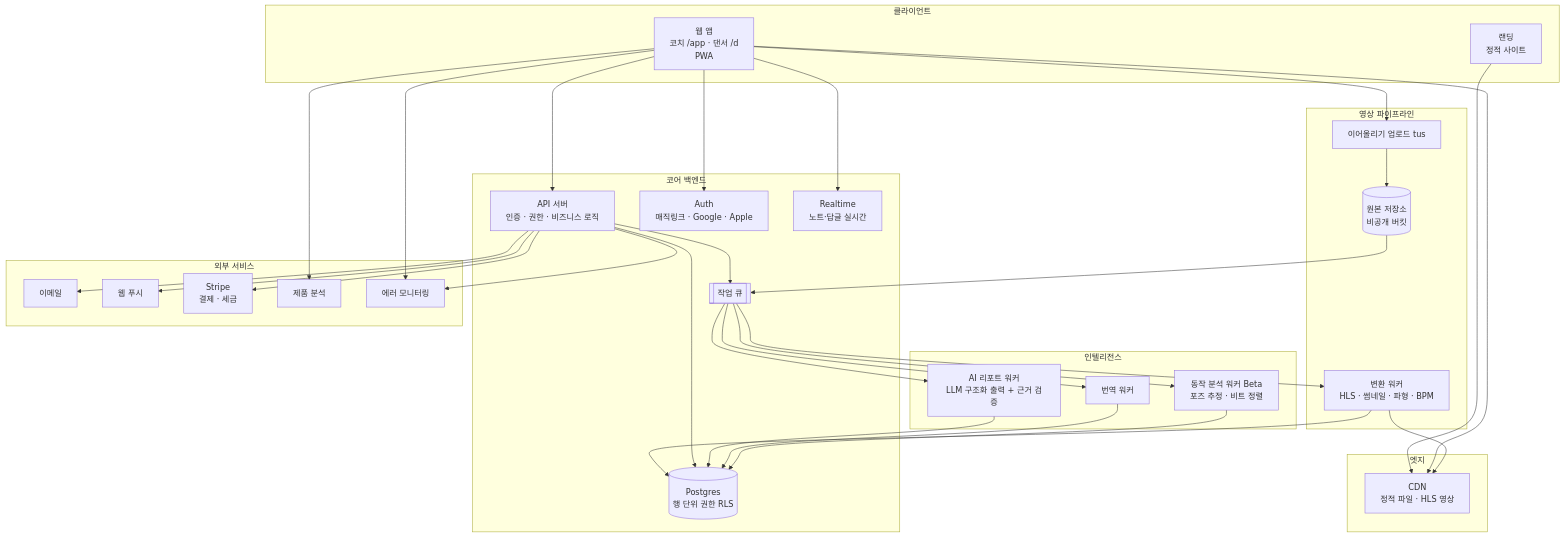
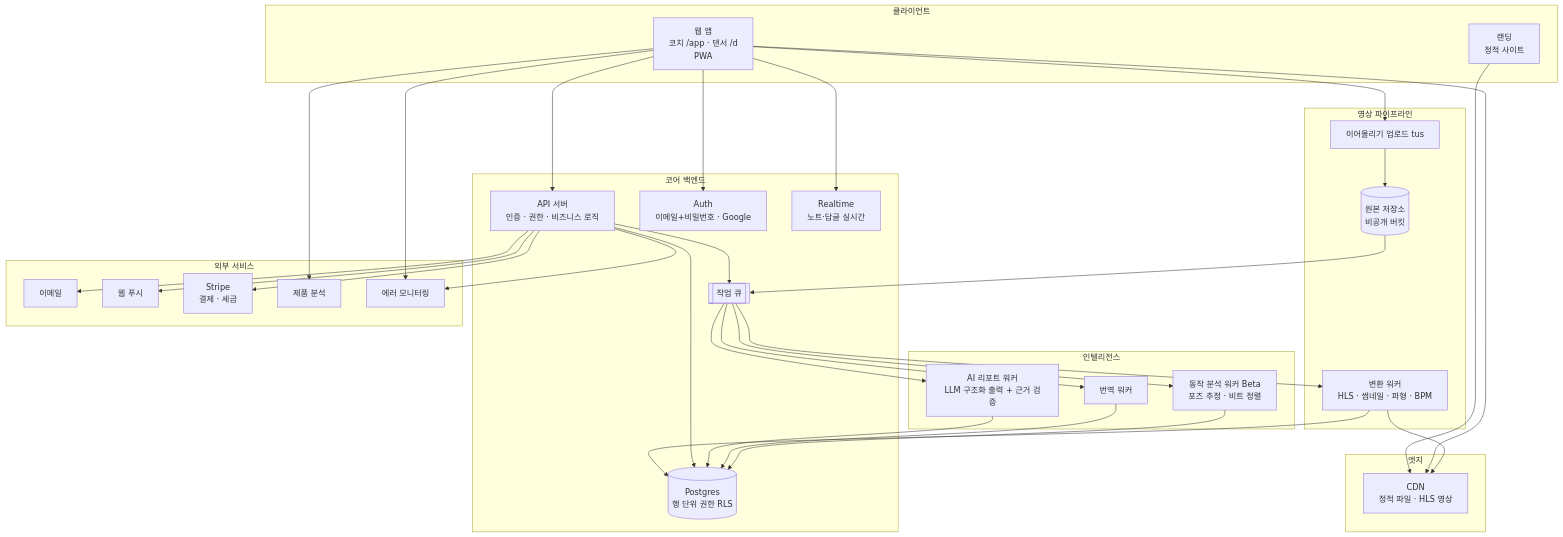
One commit to hope13710/dancerly changed the fourth of 8 diagrams in docs/02-service-structure.md. Above: the diagram before and after it, drawn with Mermaid. The commit also changed 7 other files, not shown here.

````diff
--- a/docs/02-service-structure.md
+++ b/docs/02-service-structure.md
@@ -140,65 +140,65 @@
 ```mermaid
 flowchart TB
   subgraph Client[클라이언트]
     LP[랜딩<br/>정적 사이트]
     WA[웹 앱<br/>코치 /app · 댄서 /d<br/>PWA]
   end
 
   subgraph Edge[엣지]
     CDN[CDN<br/>정적 파일 · HLS 영상]
   end
 
   subgraph Core[코어 백엔드]
     API[API 서버<br/>인증 · 권한 · 비즈니스 로직]
-    AUTH[Auth<br/>매직링크 · Google · Apple]
+    AUTH[Auth<br/>이메일+비밀번호 · Google]
     DB[(Postgres<br/>행 단위 권한 RLS)]
     Q[[작업 큐]]
     RT[Realtime<br/>노트·답글 실시간]
   end
 
   subgraph Media[영상 파이프라인]
     UP[이어올리기 업로드 tus]
     OBJ[(원본 저장소<br/>비공개 버킷)]
     TX[변환 워커<br/>HLS · 썸네일 · 파형 · BPM]
   end
 
   subgraph Intel[인텔리전스]
     AIW[AI 리포트 워커<br/>LLM 구조화 출력 + 근거 검증]
     TR[번역 워커]
     POSE[동작 분석 워커 Beta<br/>포즈 추정 · 비트 정렬]
   end
 
   subgraph Ext[외부 서비스]
     MAIL[이메일]
     PUSH[웹 푸시]
     PAY[Stripe<br/>결제 · 세금]
     AN[제품 분석]
     MON[에러 모니터링]
   end
 
   LP --> CDN
   WA --> CDN
   WA --> API
   WA --> AUTH
   WA --> RT
   WA --> UP
   UP --> OBJ
   OBJ --> Q
   Q --> TX
   TX --> CDN
   TX --> DB
   API --> DB
   API --> Q
   Q --> AIW
   Q --> TR
   Q --> POSE
   AIW --> DB
   TR --> DB
   POSE --> DB
   API --> MAIL
   API --> PUSH
   API --> PAY
   WA --> AN
   WA --> MON
   API --> MON
 ```
````
